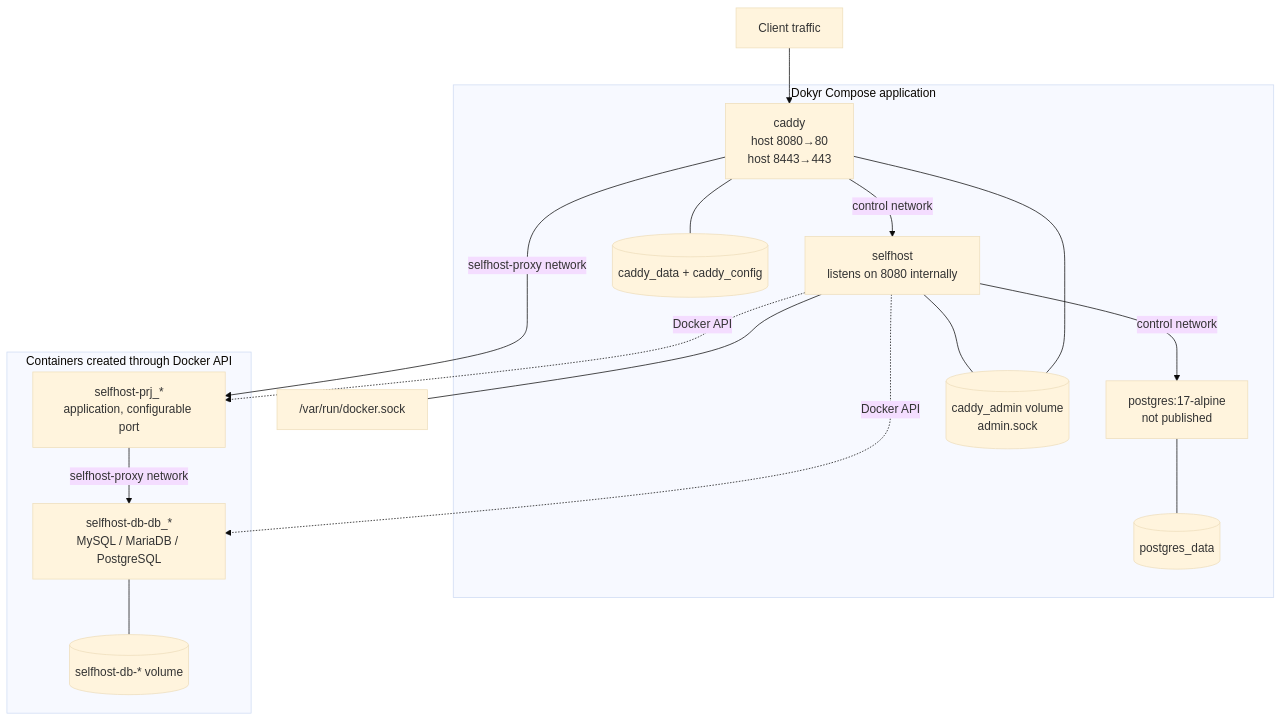
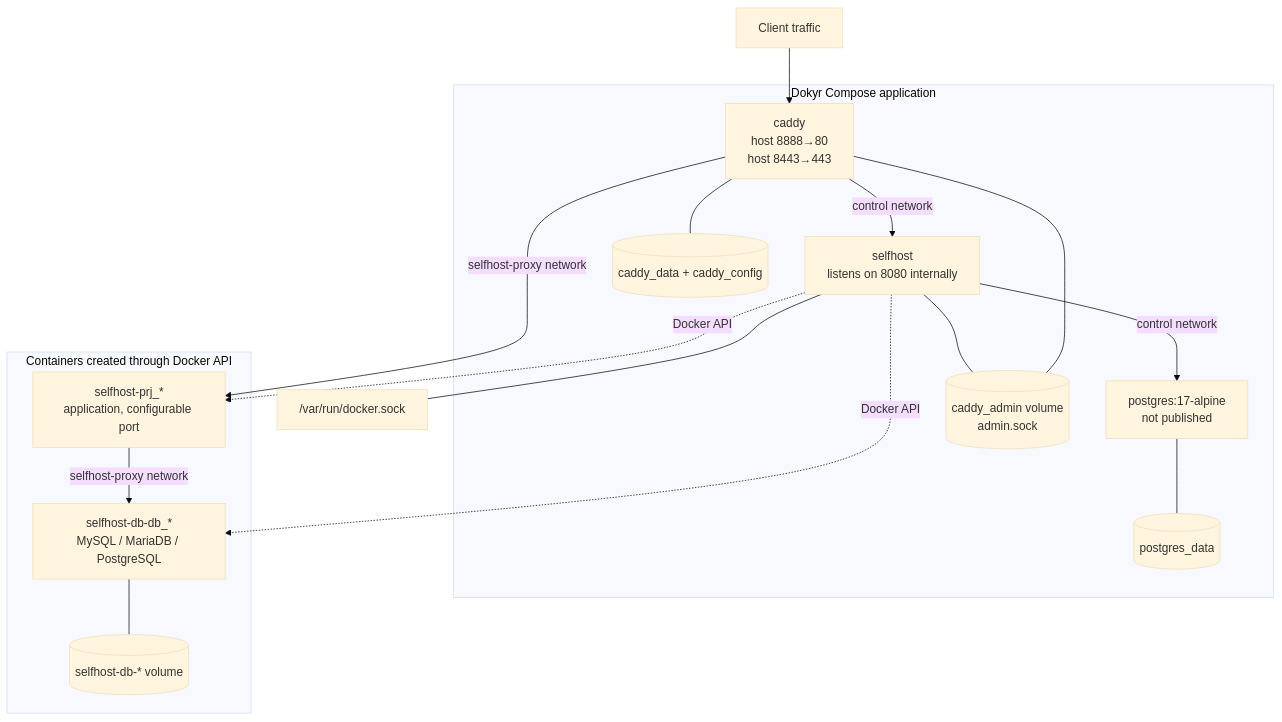
Before and after one commit to azayr/dokyr: the second of 8 diagrams in docs/ARCHITECTURE.md, drawn with Mermaid (base theme). The commit also changed other lines of this file and 20 other files, not shown here.

````diff
--- a/docs/ARCHITECTURE.md
+++ b/docs/ARCHITECTURE.md
@@ -63,33 +63,33 @@
 ```mermaid
 flowchart TB
     Internet["Client traffic"]
     HostSocket["/var/run/docker.sock"]
 
     subgraph Compose["Dokyr Compose application"]
-        Caddy["caddy<br/>host 8080→80<br/>host 8443→443"]
+        Caddy["caddy<br/>host 8888→80<br/>host 8443→443"]
         Control["selfhost<br/>listens on 8080 internally"]
         MetaDB["postgres:17-alpine<br/>not published"]
         AdminSock[("caddy_admin volume<br/>admin.sock")]
         MetaVol[("postgres_data")]
         CaddyVol[("caddy_data + caddy_config")]
     end
 
     subgraph Managed["Containers created through Docker API"]
         Project["selfhost-prj_*<br/>application, configurable port"]
         DB["selfhost-db-db_*<br/>MySQL / MariaDB / PostgreSQL"]
         DBVol[("selfhost-db-* volume")]
     end
 
     Internet --> Caddy
     Caddy -->|"control network"| Control
     Control -->|"control network"| MetaDB
     Control --- AdminSock --- Caddy
     Control --- HostSocket
     Caddy -->|"selfhost-proxy network"| Project
     Control -. "Docker API" .-> Project
     Control -. "Docker API" .-> DB
     Project -->|"selfhost-proxy network"| DB
     DB --- DBVol
     MetaDB --- MetaVol
     Caddy --- CaddyVol
 ```
````
